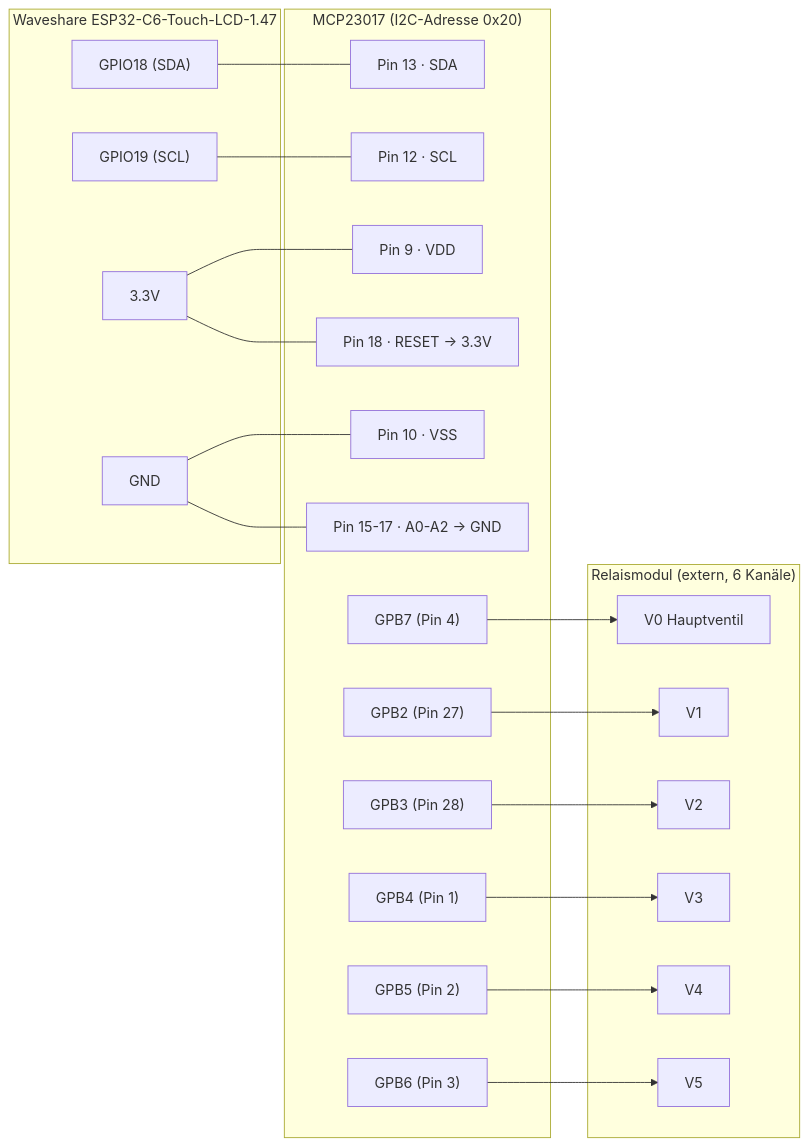
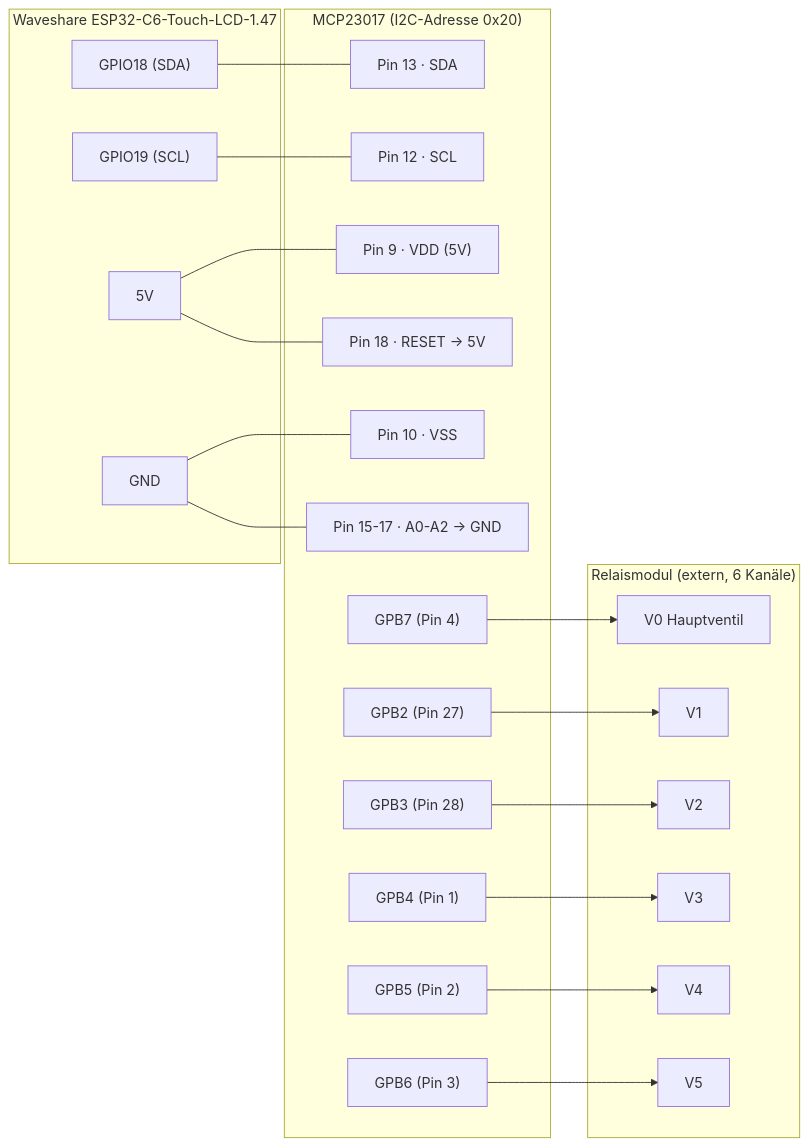
Before and after one commit to Pfannex/Gartenwasser: the diagram in docs/manual/usermanual.md, drawn with Mermaid. The commit also changed other lines of this file, not shown here.

Commit message:
Usermanual: MCP23017-Versorgungsspannung von 3,3V auf 5V korrigiert
Versorgungs- UND Logikspannung (VDD, RESET-Pull-up) sind tatsaechlich 5V,
nicht 3,3V wie zuvor dokumentiert - Board stellt dafuer einen eigenen
5V-Pin (aus USB-C-VBUS) bereit. I2C-Leitungen (SDA/SCL) bleiben am
3,3V-Bus des ESP32. Kapitel 2.3 (Text) und Kapitel 3 (Mermaid-Diagramm)
angepasst.

````diff
--- a/docs/manual/usermanual.md
+++ b/docs/manual/usermanual.md
@@ -106,46 +106,46 @@
 ```mermaid
 graph LR
     subgraph ESP["Waveshare ESP32-C6-Touch-LCD-1.47"]
         G18["GPIO18 (SDA)"]
         G19["GPIO19 (SCL)"]
-        G3V["3.3V"]
+        G5V["5V"]
         GGND["GND"]
     end
 
     subgraph MCP["MCP23017 (I2C-Adresse 0x20)"]
         M13["Pin 13 · SDA"]
         M12["Pin 12 · SCL"]
-        M9["Pin 9 · VDD"]
+        M9["Pin 9 · VDD (5V)"]
         M10["Pin 10 · VSS"]
         M1517["Pin 15-17 · A0-A2 → GND"]
-        M18["Pin 18 · RESET → 3.3V"]
+        M18["Pin 18 · RESET → 5V"]
         MB7["GPB7 (Pin 4)"]
         MB2["GPB2 (Pin 27)"]
         MB3["GPB3 (Pin 28)"]
         MB4["GPB4 (Pin 1)"]
         MB5["GPB5 (Pin 2)"]
         MB6["GPB6 (Pin 3)"]
     end
 
     subgraph REL["Relaismodul (extern, 6 Kanäle)"]
         R0["V0 Hauptventil"]
         R1["V1"]
         R2["V2"]
         R3["V3"]
         R4["V4"]
         R5["V5"]
     end
 
     G18 --- M13
     G19 --- M12
-    G3V --- M9
-    G3V --- M18
+    G5V --- M9
+    G5V --- M18
     GGND --- M10
     GGND --- M1517
     MB7 --> R0
     MB2 --> R1
     MB3 --> R2
     MB4 --> R3
     MB5 --> R4
     MB6 --> R5
 ```
````
